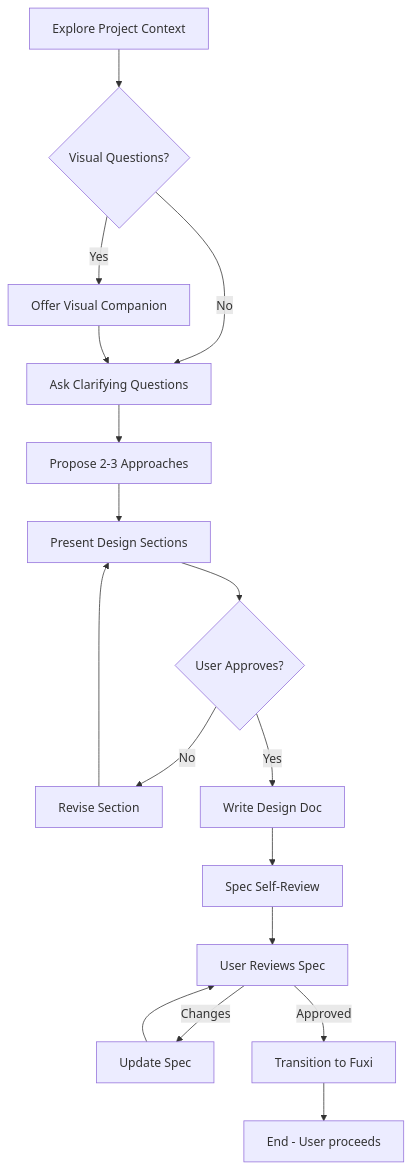
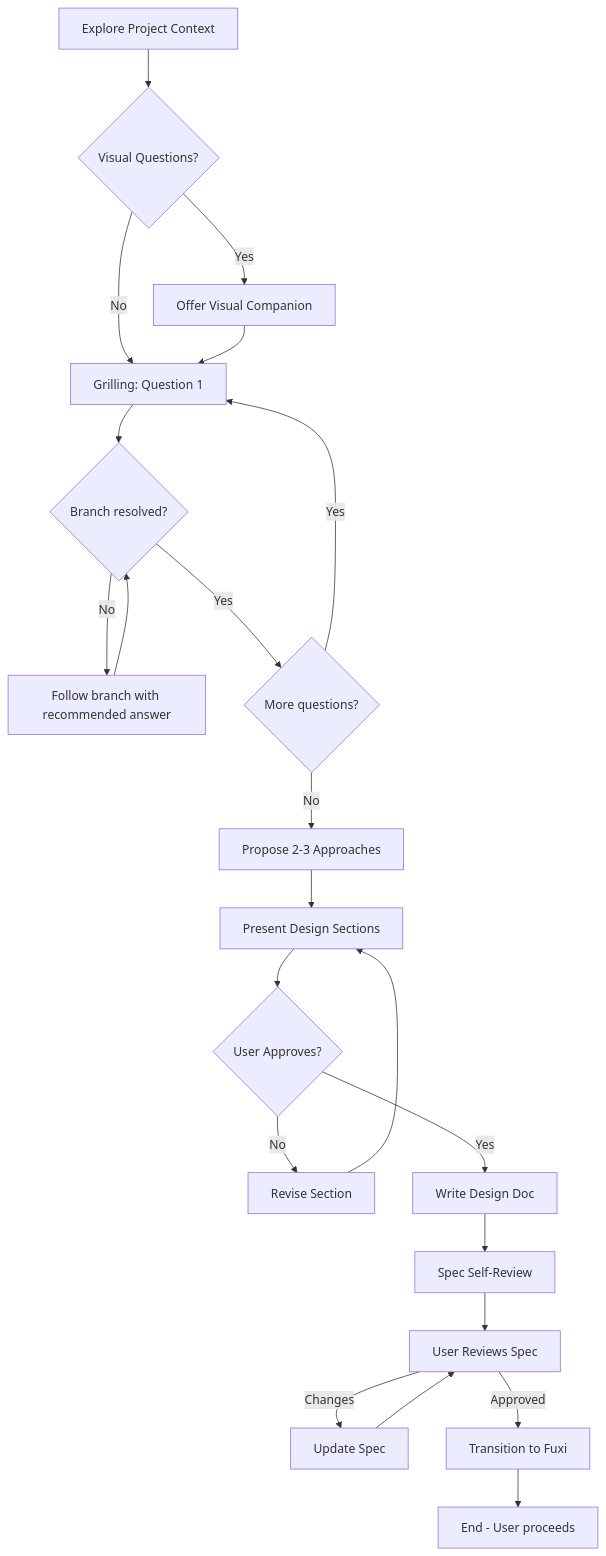
One commit to vanpipy/sages changed the diagram in pi/skills/brainstorming/SKILL.md. Above: the diagram before and after it, drawn with Mermaid. The commit also changed other lines of this file, not shown here.

````diff
--- a/pi/skills/brainstorming/SKILL.md
+++ b/pi/skills/brainstorming/SKILL.md
@@ -38,19 +38,24 @@
 ```mermaid
 flowchart TD
     A[Explore Project Context] --> B{Visual Questions?}
     B -->|Yes| C[Offer Visual Companion]
-    B -->|No| D[Ask Clarifying Questions]
+    B -->|No| D[Grilling: Question 1]
     C --> D
-    D --> E[Propose 2-3 Approaches]
-    E --> F[Present Design Sections]
-    F --> G{User Approves?}
-    G -->|No| H[Revise Section]
-    H --> F
-    G -->|Yes| I[Write Design Doc]
-    I --> J[Spec Self-Review]
-    J --> K[User Reviews Spec]
-    K -->|Changes| L[Update Spec]
-    L --> K
-    K -->|Approved| M[Transition to Fuxi]
-    M --> N[End - User proceeds]
+    D --> E{Branch resolved?}
+    E -->|No| F[Follow branch with recommended answer]
+    F --> E
+    E -->|Yes| G{More questions?}
+    G -->|Yes| D
+    G -->|No| H[Propose 2-3 Approaches]
+    H --> I[Present Design Sections]
+    I --> J{User Approves?}
+    J -->|No| K[Revise Section]
+    K --> I
+    J -->|Yes| L[Write Design Doc]
+    L --> M[Spec Self-Review]
+    M --> N[User Reviews Spec]
+    N -->|Changes| O[Update Spec]
+    O --> N
+    N -->|Approved| P[Transition to Fuxi]
+    P --> Q[End - User proceeds]
 ```
````
